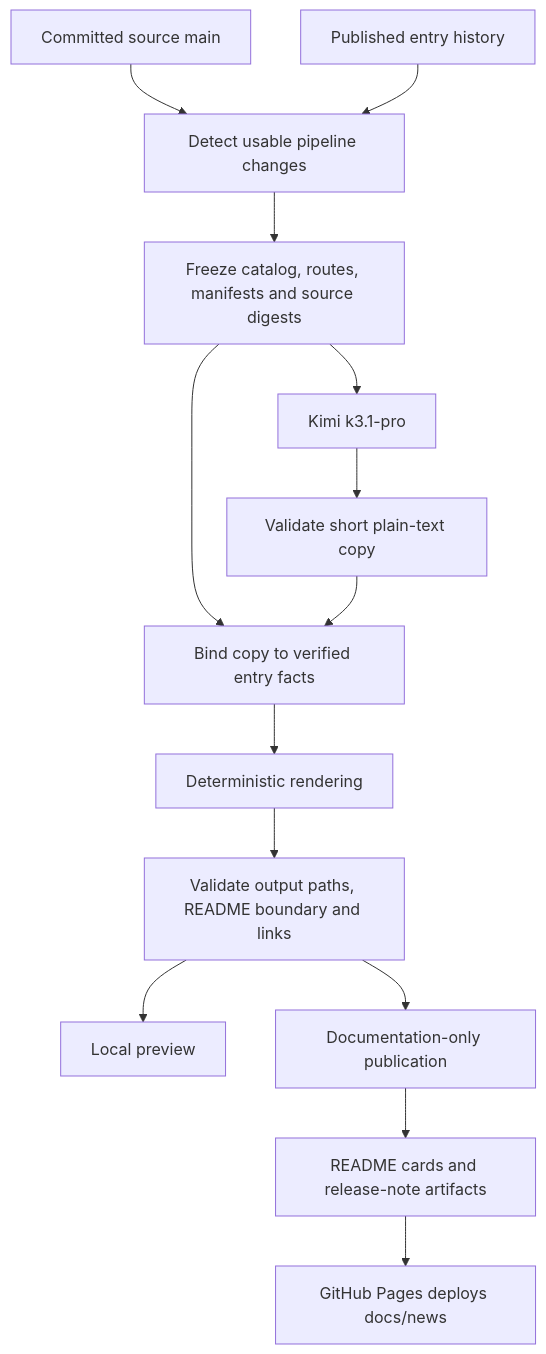
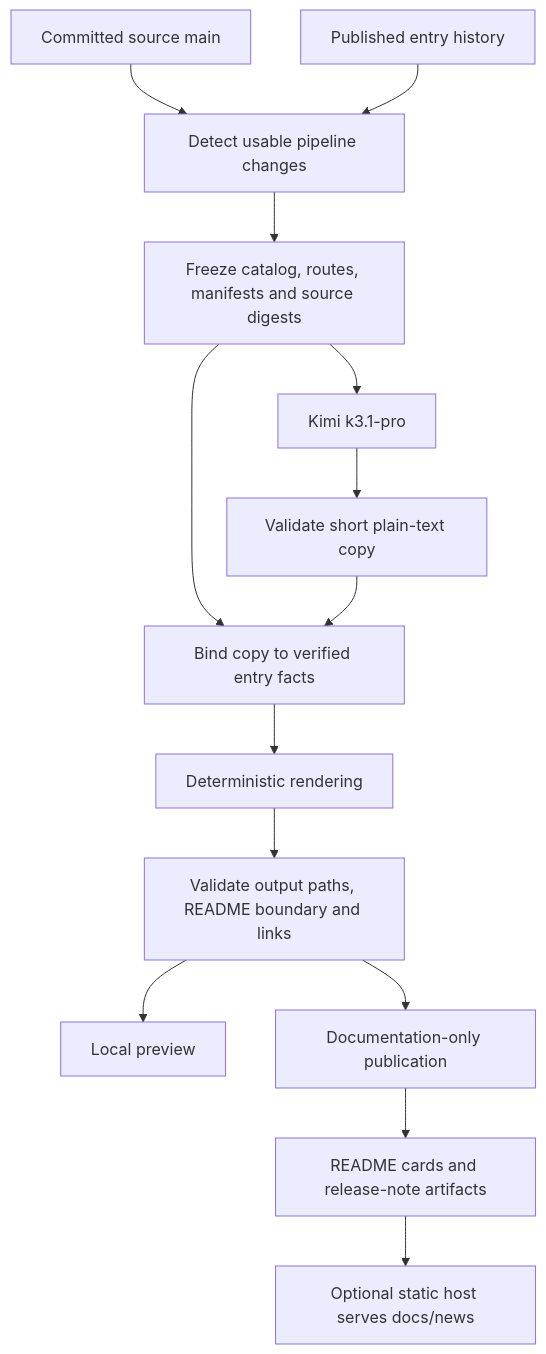
The diagram in news-agent/ARCHITECTURE.md (X-LANCE/sure-evaluation), drawn with Mermaid before and after one commit. The commit also changed other lines of this file and 11 other files, not shown here.

First line of the commit message:
fix(news): make Pages deployment optional

````diff
--- a/news-agent/ARCHITECTURE.md
+++ b/news-agent/ARCHITECTURE.md
@@ -10,16 +10,16 @@
 ```mermaid
 flowchart TD
     Source[Committed source main] --> Detect[Detect usable pipeline changes]
     Entries[Published entry history] --> Detect
     Detect --> Facts[Freeze catalog, routes, manifests and source digests]
     Facts --> Kimi[Kimi k3.1-pro]
     Kimi --> Copy[Validate short plain-text copy]
     Facts --> Entry[Bind copy to verified entry facts]
     Copy --> Entry
     Entry --> Render[Deterministic rendering]
     Render --> Guard[Validate output paths, README boundary and links]
     Guard --> Preview[Local preview]
     Guard --> Publish[Documentation-only publication]
     Publish --> README[README cards and release-note artifacts]
-    README --> Pages[GitHub Pages deploys docs/news]
+    README --> Static[Optional static host serves docs/news]
 ```
````
